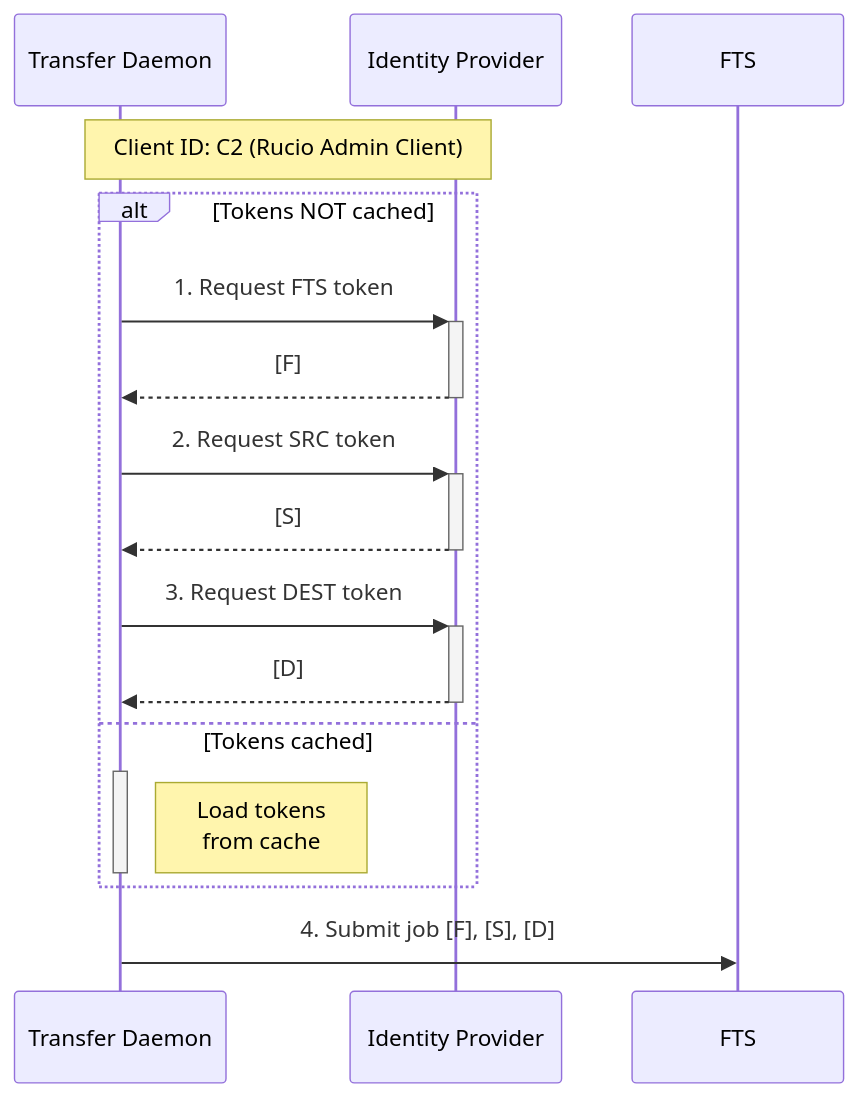
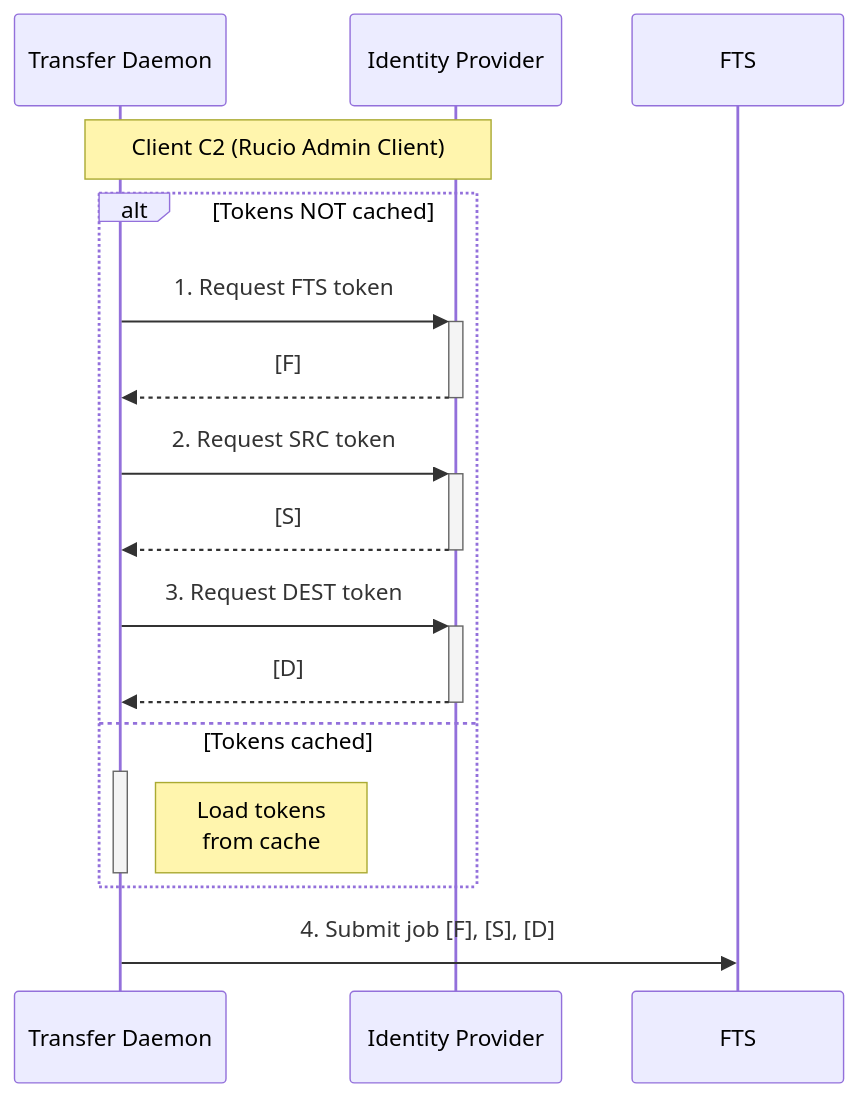
The first of 3 diagrams in docs/operator/installing_server.md (rucio/documentation), drawn with Mermaid before and after one commit. The commit also changed other lines of this file, not shown here.

````diff
--- a/docs/operator/installing_server.md
+++ b/docs/operator/installing_server.md
@@ -363,25 +368,25 @@
 ```mermaid
 sequenceDiagram
     participant D as Transfer Daemon
     participant I as Identity Provider
     participant F as FTS
 
-    Note over D,I: Client ID: C2 (Rucio Admin Client)
+    Note over D,I: Client C2 (Rucio Admin Client)
 
     alt Tokens NOT cached
         D->>+I: 1. Request FTS token
         I-->>-D: [F]
 
         D->>+I: 2. Request SRC token
         I-->>-D: [S]
 
         D->>+I: 3. Request DEST token
         I-->>-D: [D]
     else Tokens cached
         activate D
         Note right of D: Load tokens<br/>from cache
         deactivate D
     end
 
     D->>F: 4. Submit job [F], [S], [D]
 ```
````
